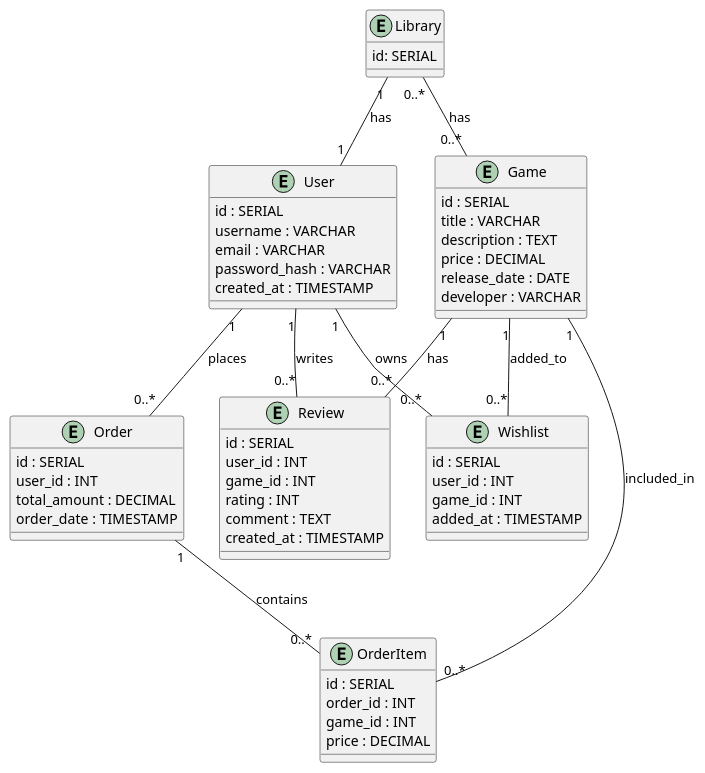
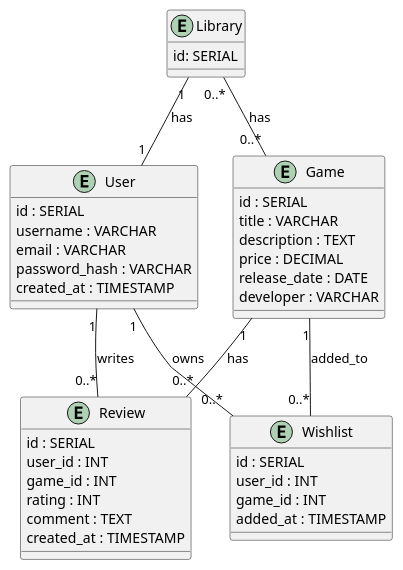
The diagram in Workshop/Project/steamed/diagrams/database.puml (FontysVenlo/esd-workshop-spring-boot-hibernate), drawn with PlantUML before and after one commit. The commit also changed 12 other files, not shown here.

```diff
--- a/Workshop/Project/steamed/diagrams/database.puml
+++ b/Workshop/Project/steamed/diagrams/database.puml
@@ -6,69 +6,50 @@
 @startuml
 
 entity User {
   id : SERIAL
   username : VARCHAR
   email : VARCHAR
   password_hash : VARCHAR
   created_at : TIMESTAMP
 }
 
 entity Library {
     id: SERIAL
 
 }
 
 entity Game {
   id : SERIAL
   title : VARCHAR
   description : TEXT
   price : DECIMAL
   release_date : DATE
   developer : VARCHAR
 }
 
 entity Review {
   id : SERIAL
   user_id : INT
   game_id : INT
   rating : INT
   comment : TEXT
   created_at : TIMESTAMP
 }
 
-entity Order {
-  id : SERIAL
-  user_id : INT
-  total_amount : DECIMAL
-  order_date : TIMESTAMP
-}
-
-entity OrderItem {
-  id : SERIAL
-  order_id : INT
-  game_id : INT
-  price : DECIMAL
-}
-
 entity Wishlist {
   id : SERIAL
   user_id : INT
   game_id : INT
   added_at : TIMESTAMP
 }
 
 ' Relationships with 1..* notation
 Library "1" -- "1" User : has
 Library "0..*" -- "0..*" Game : has
 User "1" -- "0..*" Review : writes
 Game "1" -- "0..*" Review : has
 
-
-User "1" -- "0..*" Order : places
-Order "1" -- "0..*" OrderItem : contains
-Game "1" -- "0..*" OrderItem : included_in
-
 User "1" -- "0..*" Wishlist : owns
 Game "1" -- "0..*" Wishlist : added_to
 
 @enduml
```
